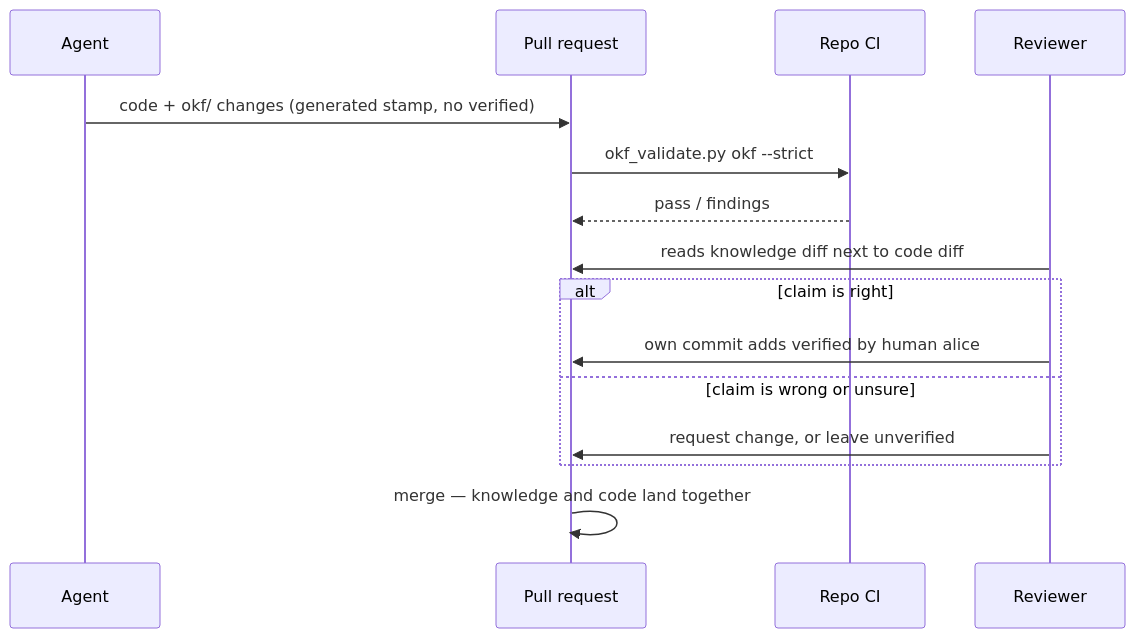
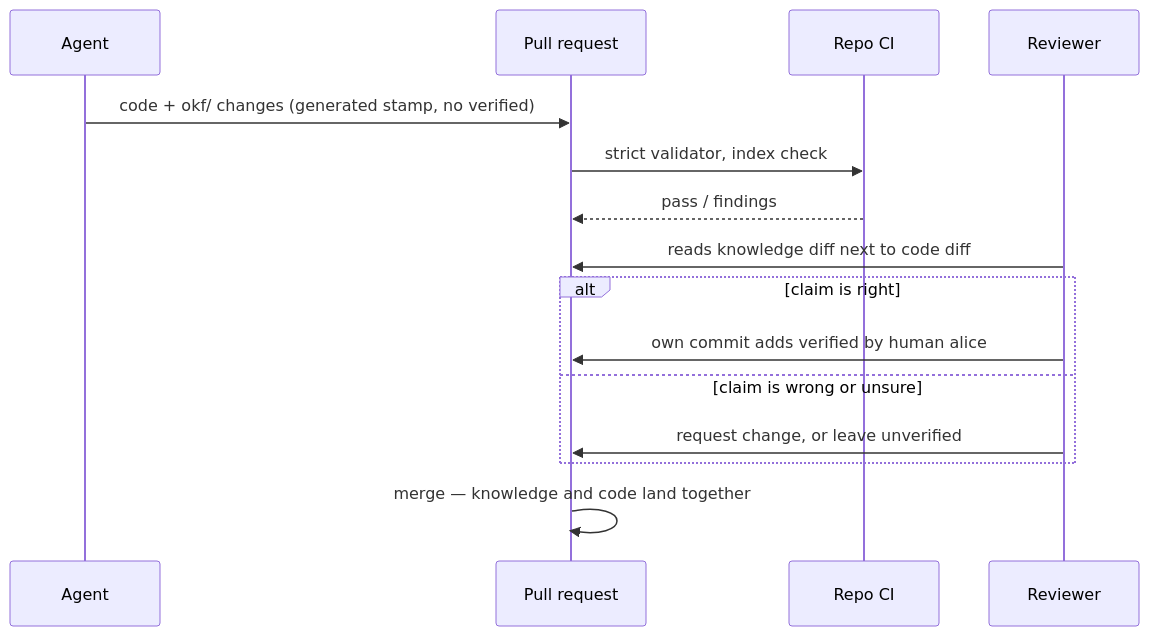
One commit to tuan-nng/compass changed the second of 3 diagrams in docs/design/okf-knowledge-system-ux.md. Above: the diagram before and after it, drawn with Mermaid. The commit also changed other lines of this file, not shown here.

First line of the commit message:
docs(okf): add check job, index CI check and date-only option

````diff
--- a/docs/design/okf-knowledge-system-ux.md
+++ b/docs/design/okf-knowledge-system-ux.md
@@ -194,17 +208,17 @@
 ```mermaid
 sequenceDiagram
   participant A as Agent
   participant PR as Pull request
   participant CI as Repo CI
   participant R as Reviewer
   A->>PR: code + okf/ changes (generated stamp, no verified)
-  PR->>CI: okf_validate.py okf --strict
+  PR->>CI: strict validator, index check
   CI-->>PR: pass / findings
   R->>PR: reads knowledge diff next to code diff
   alt claim is right
     R->>PR: own commit adds verified by human alice
   else claim is wrong or unsure
     R->>PR: request change, or leave unverified
   end
   PR->>PR: merge — knowledge and code land together
 ```
````
